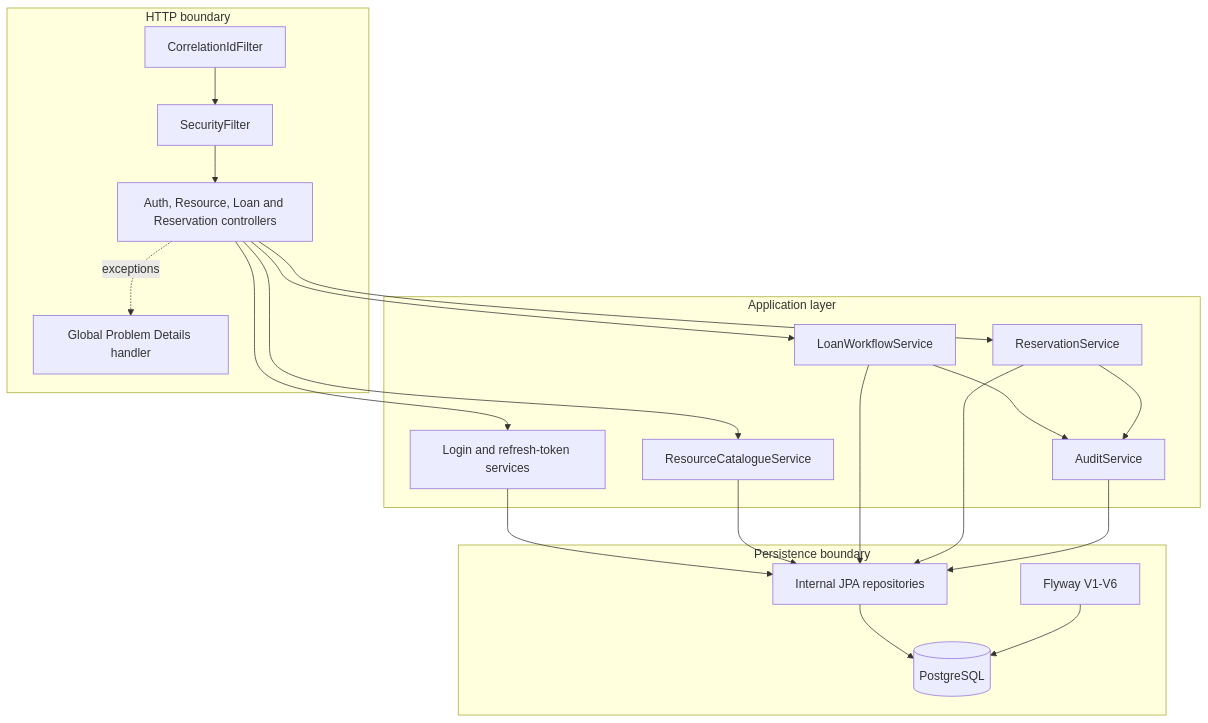
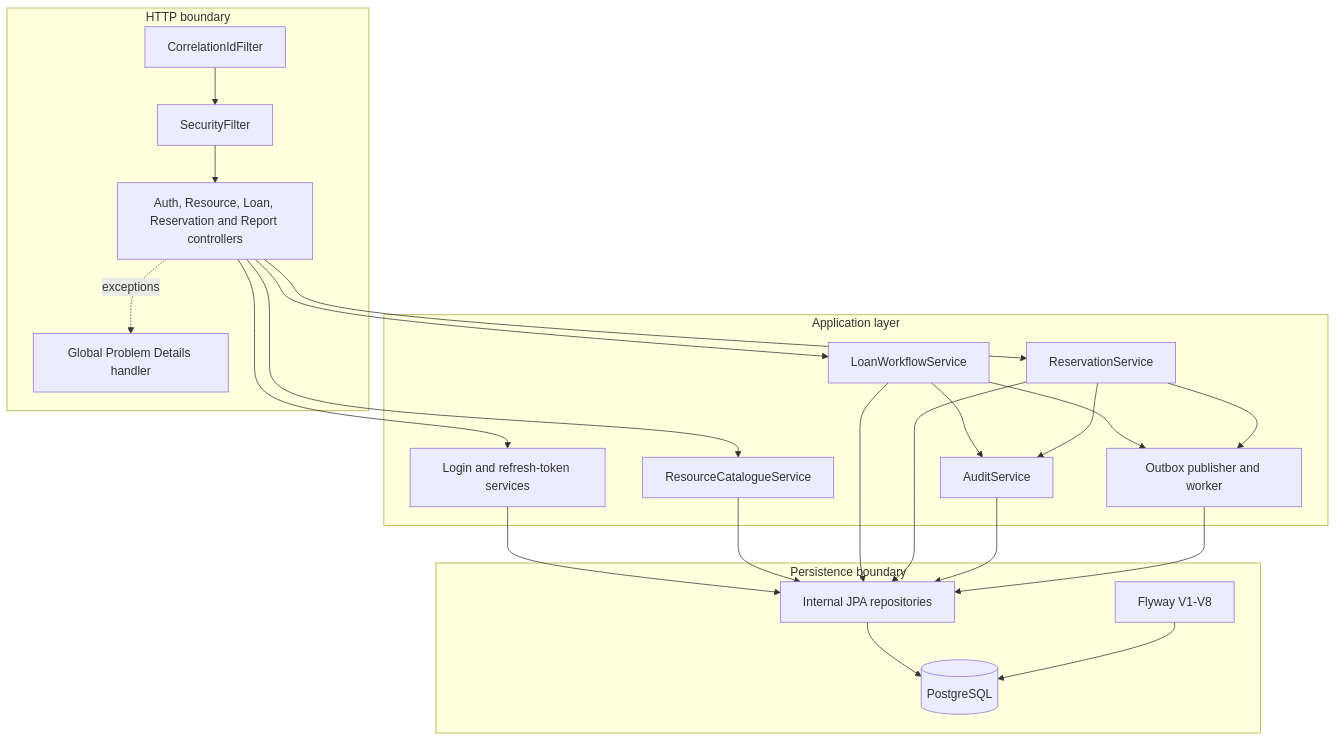
One commit to ricardoportoIE/resource-lending-api changed the first of 5 diagrams in docs/architecture.md. Above: the diagram before and after it, drawn with Mermaid. The commit also changed other lines of this file and 19 other files, not shown here.

````diff
--- a/docs/architecture.md
+++ b/docs/architecture.md
@@ -7,39 +7,43 @@
 ```mermaid
 flowchart TB
     subgraph HTTP[HTTP boundary]
         Correlation[CorrelationIdFilter]
         JWT[SecurityFilter]
-        Controllers[Auth, Resource, Loan and Reservation controllers]
+        Controllers[Auth, Resource, Loan, Reservation and Report controllers]
         Problems[Global Problem Details handler]
     end
 
     subgraph Application[Application layer]
         Auth[Login and refresh-token services]
         Catalogue[ResourceCatalogueService]
         Loans[LoanWorkflowService]
         Reservations[ReservationService]
         Audit[AuditService]
+        Outbox[Outbox publisher and worker]
     end
 
     subgraph Persistence[Persistence boundary]
         Repositories[Internal JPA repositories]
         PostgreSQL[(PostgreSQL)]
-        Flyway[Flyway V1-V6]
+        Flyway[Flyway V1-V8]
     end
 
     Correlation --> JWT --> Controllers
     Controllers --> Auth
     Controllers --> Catalogue
     Controllers --> Loans
     Controllers --> Reservations
     Controllers -. exceptions .-> Problems
     Loans --> Audit
     Reservations --> Audit
+    Loans --> Outbox
+    Reservations --> Outbox
     Auth --> Repositories
     Catalogue --> Repositories
     Loans --> Repositories
     Reservations --> Repositories
     Audit --> Repositories
+    Outbox --> Repositories
     Repositories --> PostgreSQL
     Flyway --> PostgreSQL
 ```
````
